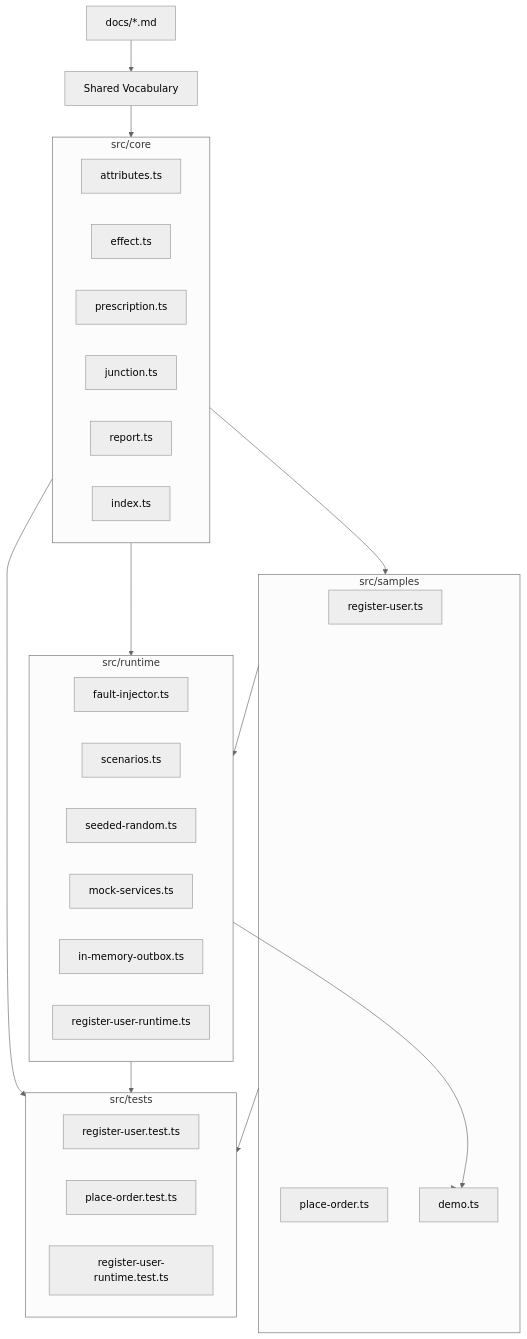
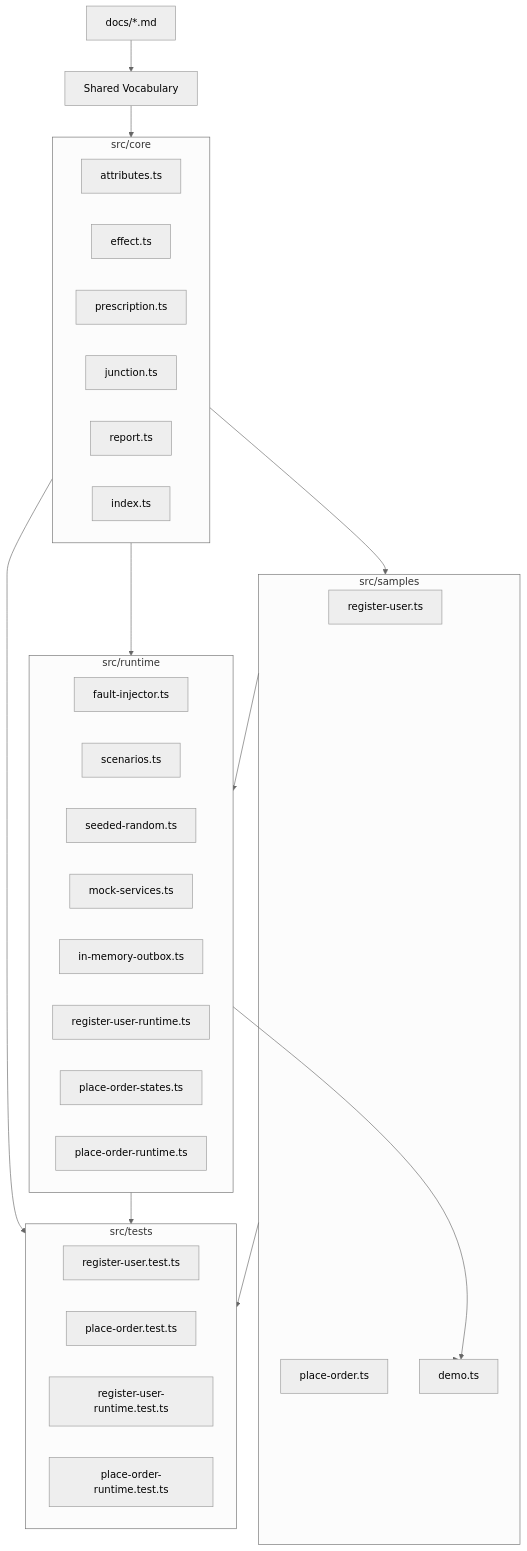
Before and after one commit to hayashikentaro/effect-junction: the first of 9 diagrams in docs/11-implementation-map.md, drawn with Mermaid (neutral theme). The commit also changed other lines of this file and 5 other files, not shown here.

Commit message:
Implement PlaceOrder analytics failure scenario

````diff
--- a/docs/11-implementation-map.md
+++ b/docs/11-implementation-map.md
@@ -9,44 +9,47 @@
 ```mermaid
 flowchart TB
   Docs[docs/*.md] --> Vocabulary[Shared Vocabulary]
 
   subgraph Core["src/core"]
     Attributes[attributes.ts]
     Effect[effect.ts]
     Prescription[prescription.ts]
     Junction[junction.ts]
     Report[report.ts]
     CoreIndex[index.ts]
   end
 
   subgraph Samples["src/samples"]
     RegisterUser[register-user.ts]
     PlaceOrder[place-order.ts]
     Demo[demo.ts]
   end
 
   subgraph Runtime["src/runtime"]
     FaultInjector[fault-injector.ts]
     Scenarios[scenarios.ts]
     SeededRandom[seeded-random.ts]
     MockServices[mock-services.ts]
     Outbox[in-memory-outbox.ts]
     RegisterUserRuntime[register-user-runtime.ts]
+    PlaceOrderStates[place-order-states.ts]
+    PlaceOrderRuntime[place-order-runtime.ts]
   end
 
   subgraph Tests["src/tests"]
     RegisterUserModelTests[register-user.test.ts]
     PlaceOrderModelTests[place-order.test.ts]
     RuntimeTests[register-user-runtime.test.ts]
+    PlaceOrderRuntimeTests[place-order-runtime.test.ts]
   end
 
   Vocabulary --> Core
   Core --> Samples
   Core --> Runtime
   Samples --> Runtime
   Samples --> Demo
   Runtime --> Demo
   Core --> Tests
   Samples --> Tests
   Runtime --> Tests
 ```
````
